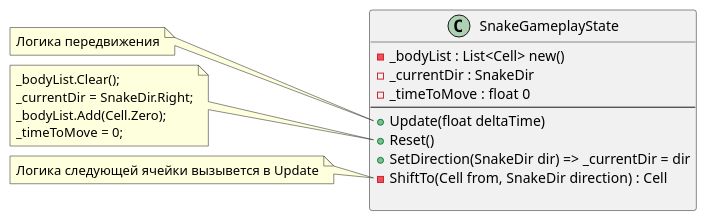
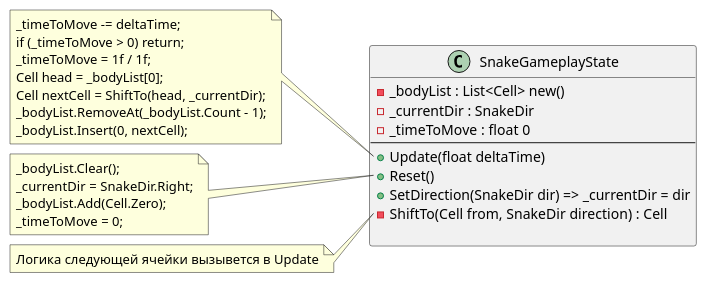
The diagram in Snake_Console/Diagramm/SnakeGameplayState.puml (vadimvatsenko/Snake_Console), drawn with PlantUML before and after one commit.

```diff
--- a/Snake_Console/Diagramm/SnakeGameplayState.puml
+++ b/Snake_Console/Diagramm/SnakeGameplayState.puml
@@ -1,28 +1,34 @@
 @startuml
 class SnakeGameplayState
 {
     - _bodyList : List<Cell> new()
     - _currentDir : SnakeDir
     - _timeToMove : float 0
     --
     + Update(float deltaTime)
     + Reset()
     + SetDirection(SnakeDir dir) => _currentDir = dir
     - ShiftTo(Cell from, SnakeDir direction) : Cell
     
 }
 
 note left of SnakeGameplayState::Update
-Логика передвижения
+        _timeToMove -= deltaTime;
+        if (_timeToMove > 0) return;
+        _timeToMove = 1f / 1f;
+        Cell head = _bodyList[0];
+        Cell nextCell = ShiftTo(head, _currentDir);
+        _bodyList.RemoveAt(_bodyList.Count - 1);
+        _bodyList.Insert(0, nextCell);
 end note
 note left of SnakeGameplayState::Reset
 _bodyList.Clear();
 _currentDir = SnakeDir.Right;
 _bodyList.Add(Cell.Zero);
 _timeToMove = 0; 
 end note
 note left of SnakeGameplayState::ShiftTo
 Логика следующей ячейки вызывется в Update
 end note
 
 @enduml
```
